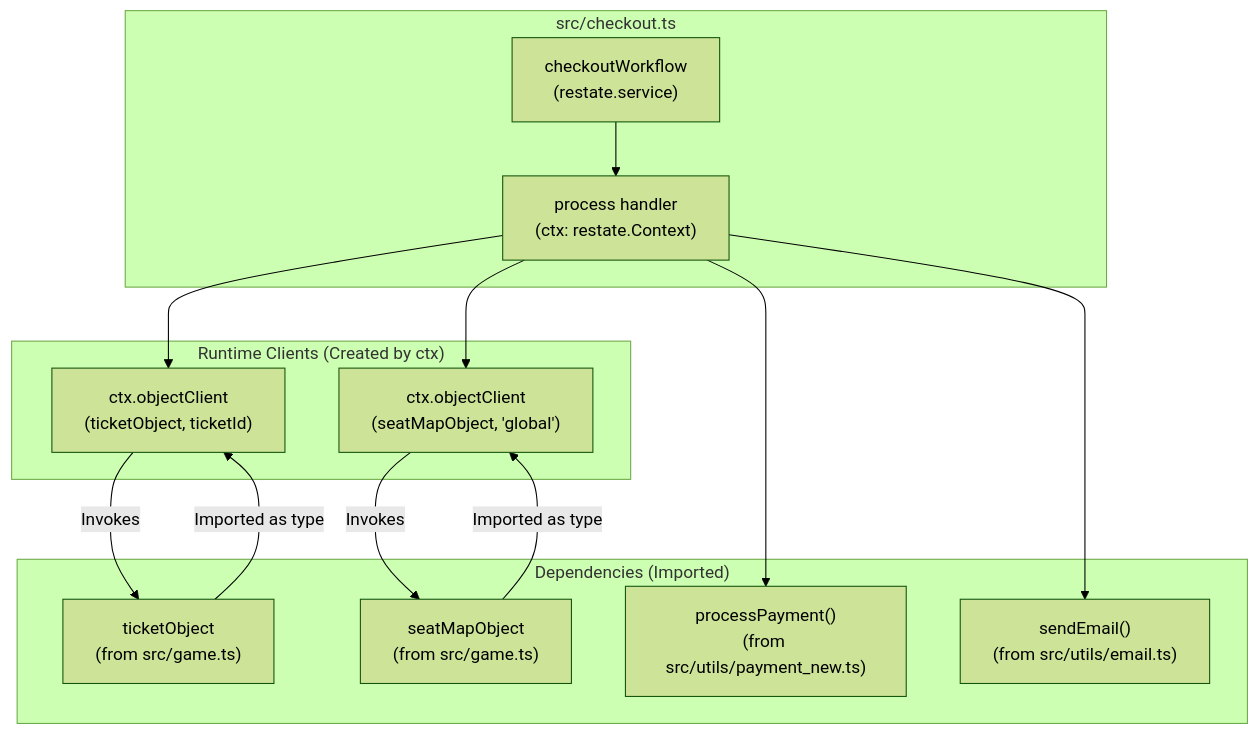
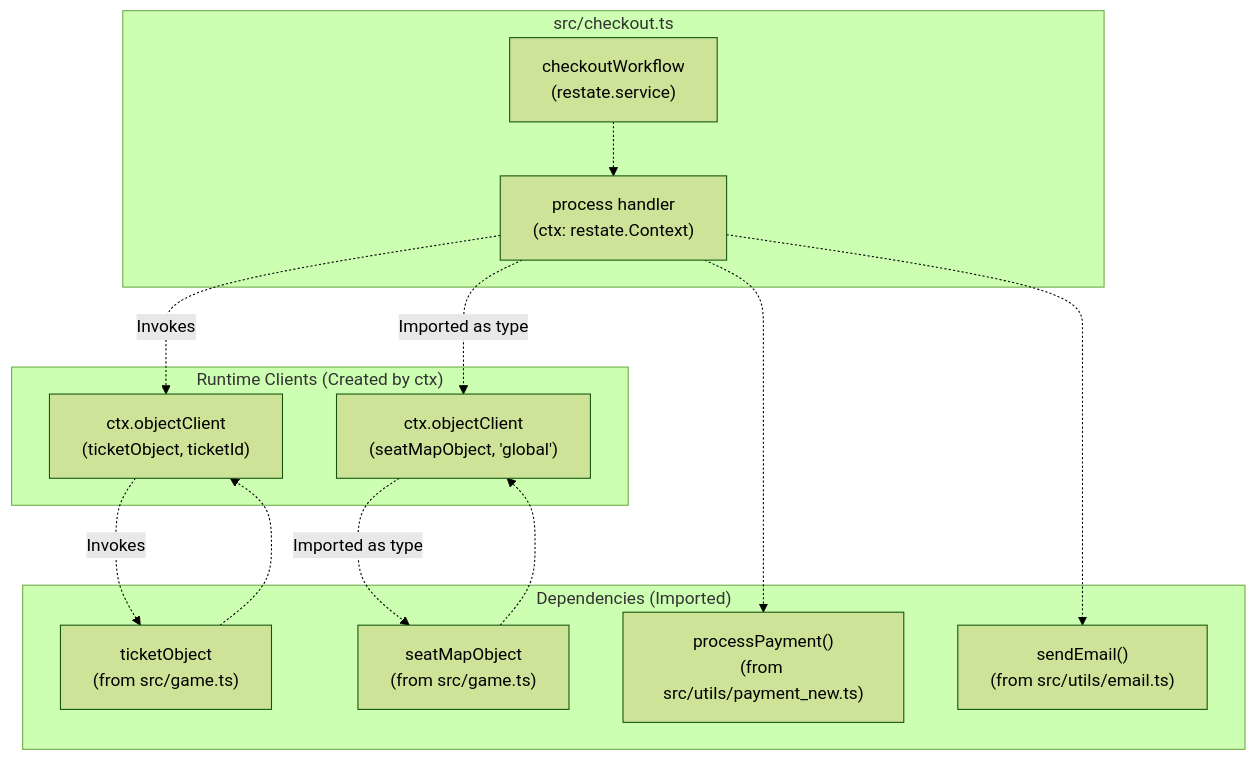
One commit to philipz/restate-cloudflare-workers-poc changed the first of 4 diagrams in docs/deepwiki/Checkout-Workflow.md. Above: the diagram before and after it, drawn with Mermaid (forest theme). The commit also changed other lines of this file and 27 other files, not shown here.

````diff
--- a/docs/deepwiki/Checkout-Workflow.md
+++ b/docs/deepwiki/Checkout-Workflow.md
@@ -60,39 +60,39 @@
 ```mermaid
 flowchart TD
 
 CheckoutService["checkoutWorkflow<br>(restate.service)"]
 ProcessHandler["process handler<br>(ctx: restate.Context)"]
 TicketObj["ticketObject<br>(from src/game.ts)"]
 SeatMapObj["seatMapObject<br>(from src/game.ts)"]
 PaymentFn["processPayment()<br>(from src/utils/payment_new.ts)"]
 EmailFn["sendEmail()<br>(from src/utils/email.ts)"]
 TicketClient["ctx.objectClient<br>(ticketObject, ticketId)"]
 SeatMapClient["ctx.objectClient<br>(seatMapObject, 'global')"]
 
-ProcessHandler --> TicketClient
-ProcessHandler --> SeatMapClient
-ProcessHandler --> PaymentFn
-ProcessHandler --> EmailFn
-TicketClient -->|"Invokes"| TicketObj
-SeatMapClient -->|"Invokes"| SeatMapObj
-TicketObj -->|"Imported as type"| TicketClient
-SeatMapObj -->|"Imported as type"| SeatMapClient
+ProcessHandler -.->|"Invokes"| TicketClient
+ProcessHandler -.->|"Imported as type"| SeatMapClient
+ProcessHandler -.-> PaymentFn
+ProcessHandler -.-> EmailFn
+TicketClient -.->|"Invokes"| TicketObj
+SeatMapClient -.->|"Imported as type"| SeatMapObj
+TicketObj -.-> TicketClient
+SeatMapObj -.-> SeatMapClient
 
 subgraph subGraph2 ["Runtime Clients (Created by ctx)"]
     TicketClient
     SeatMapClient
 end
 
 subgraph subGraph1 ["Dependencies (Imported)"]
     TicketObj
     SeatMapObj
     PaymentFn
     EmailFn
 end
 
 subgraph src/checkout.ts ["src/checkout.ts"]
     CheckoutService
     ProcessHandler
-    CheckoutService --> ProcessHandler
+    CheckoutService -.-> ProcessHandler
 end
 ```
````
